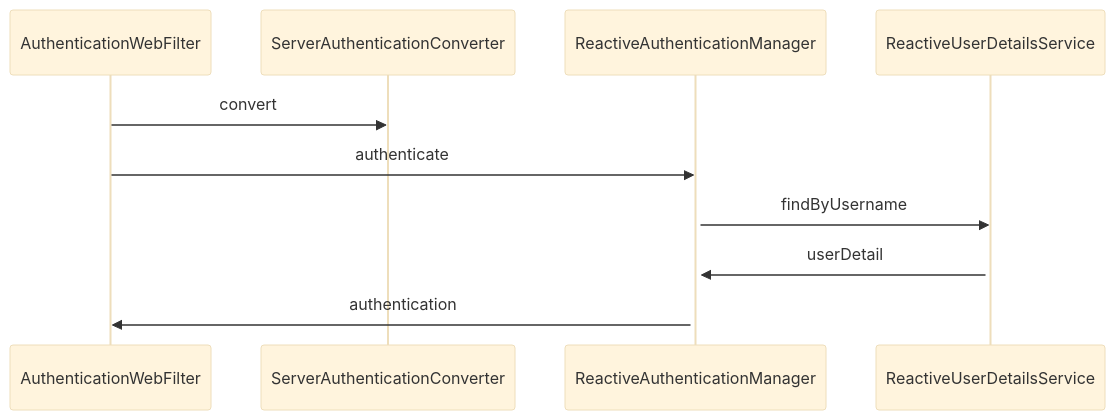
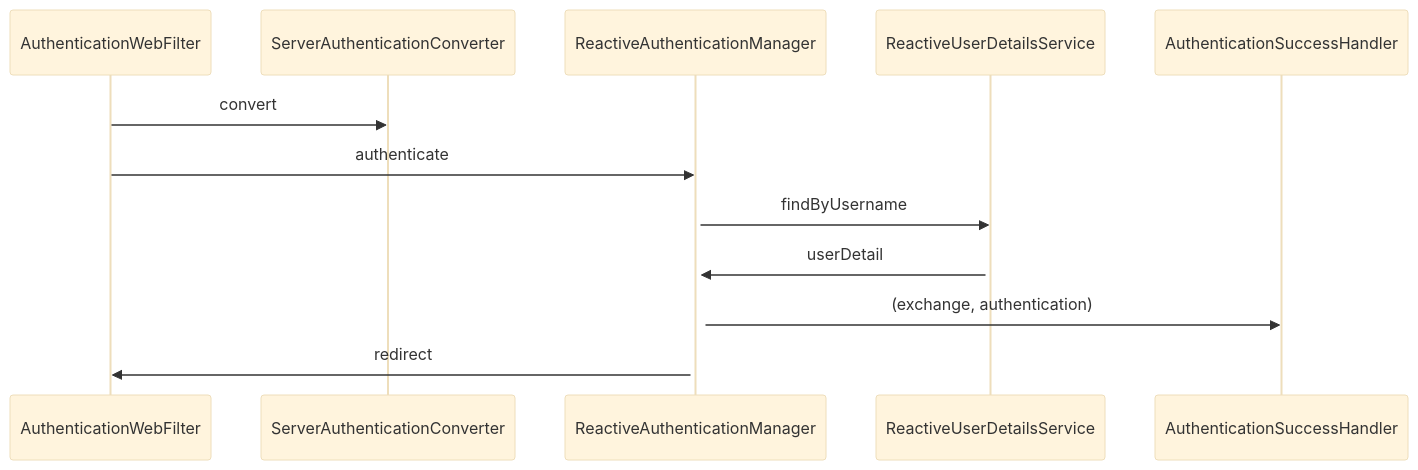
The diagram in README.md (franktylerva/reactive-security), drawn with Mermaid (base theme) before and after one commit.

Commit message:
Update sequence diagram.

````diff
--- a/README.md
+++ b/README.md
@@ -5,12 +5,13 @@
 ```mermaid
 sequenceDiagram
     AuthenticationWebFilter->>ServerAuthenticationConverter: convert
     activate ServerAuthenticationConverter
     AuthenticationWebFilter->>ReactiveAuthenticationManager: authenticate
     activate ReactiveAuthenticationManager
     ReactiveAuthenticationManager->>ReactiveUserDetailsService: findByUsername
     activate ReactiveUserDetailsService
     ReactiveUserDetailsService->>ReactiveAuthenticationManager: userDetail
     activate ReactiveAuthenticationManager
-    ReactiveAuthenticationManager->>AuthenticationWebFilter: authentication
+    ReactiveAuthenticationManager->>AuthenticationSuccessHandler: (exchange, authentication)
+    ReactiveAuthenticationManager->>AuthenticationWebFilter: redirect
 ```
````
